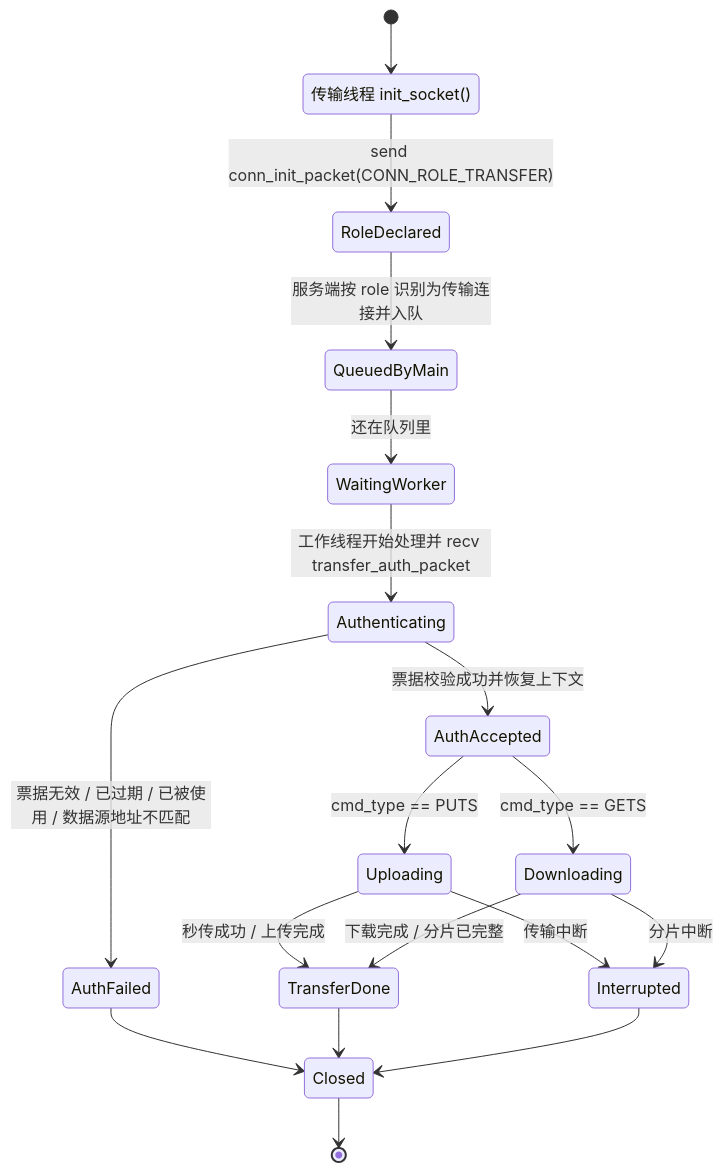
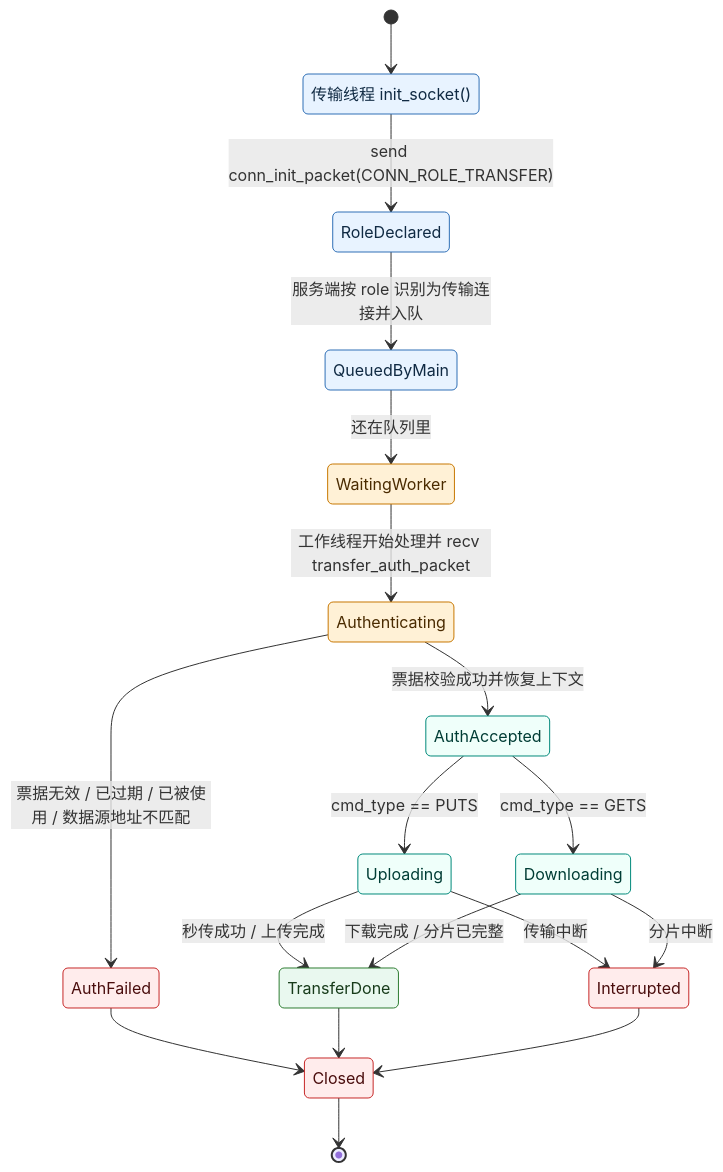
One commit to panlong-studio/WindCloud_V4 changed the fifth of 12 diagrams in docs/V5全流程状态图详解.md. Above: the diagram before and after it, drawn with Mermaid. The commit also changed other lines of this file and 5 other files, not shown here.

````diff
--- a/docs/V5全流程状态图详解.md
+++ b/docs/V5全流程状态图详解.md
@@ -414,26 +466,38 @@
 ```mermaid
 stateDiagram-v2
     [*] --> Creating
     Creating: 传输线程 init_socket()
 
     Creating --> RoleDeclared: send conn_init_packet(CONN_ROLE_TRANSFER)
     RoleDeclared --> QueuedByMain: 服务端按 role 识别为传输连接并入队
 
     QueuedByMain --> WaitingWorker: 还在队列里
     WaitingWorker --> Authenticating: 工作线程开始处理并 recv transfer_auth_packet
     Authenticating --> AuthFailed: 票据无效 / 已过期 / 已被使用 / 数据源地址不匹配
     Authenticating --> AuthAccepted: 票据校验成功并恢复上下文
 
     AuthAccepted --> Uploading: cmd_type == PUTS
     AuthAccepted --> Downloading: cmd_type == GETS
 
     Uploading --> TransferDone: 秒传成功 / 上传完成
     Uploading --> Interrupted: 传输中断
     Downloading --> TransferDone: 下载完成 / 分片已完整
     Downloading --> Interrupted: 分片中断
 
     AuthFailed --> Closed
     TransferDone --> Closed
     Interrupted --> Closed
     Closed --> [*]
+    classDef init fill:#E8F3FF,stroke:#2F6FB6,color:#102A43
+    classDef active fill:#FFF1D6,stroke:#C77700,color:#4A2B00
+    classDef transfer fill:#EFFFFA,stroke:#00897B,color:#003D35
+    classDef success fill:#E9F8EF,stroke:#2E7D32,color:#173B1A
+    classDef final fill:#F3ECFF,stroke:#7C4DFF,color:#2D1B69
+    classDef fail fill:#FFECEC,stroke:#C62828,color:#4A0D0D
+
+    class Creating,RoleDeclared,QueuedByMain init
+    class WaitingWorker,Authenticating active
+    class AuthAccepted,Uploading,Downloading transfer
+    class TransferDone success
+    class AuthFailed,Interrupted,Closed fail
 ```
````
